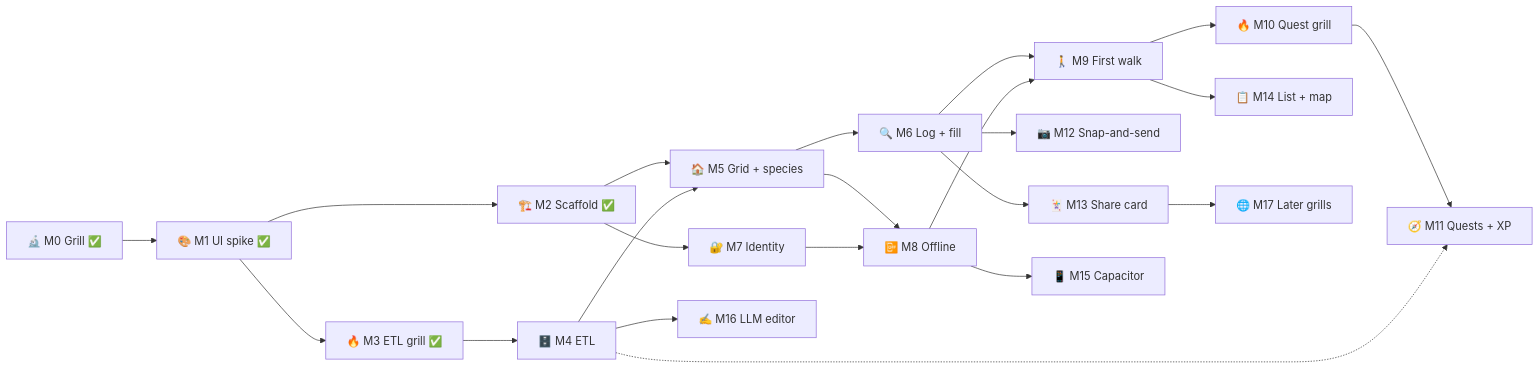
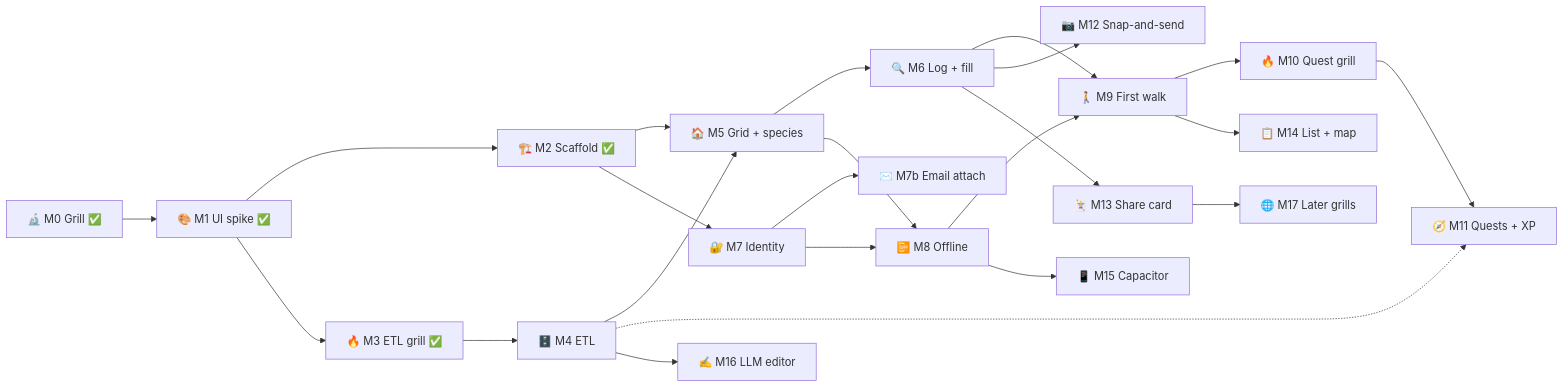
Before and after one commit to Standkreis/standkreis-dex: the diagram in docs/ROADMAP.md, drawn with Mermaid. The commit also changed other lines of this file and 5 other files, not shown here.

Commit message:
Handoff 0007 (M5 grid, species, onboarding); M7b email attach via Resend; glossary, README link, launch entries

````diff
--- a/docs/ROADMAP.md
+++ b/docs/ROADMAP.md
@@ -34,24 +35,25 @@
 ```mermaid
 flowchart LR
     M0[🔬 M0 Grill ✅] --> M1[🎨 M1 UI spike ✅]
     M1 --> M2[🏗️ M2 Scaffold ✅]
     M1 --> M3[🔥 M3 ETL grill ✅]
     M3 --> M4[🗄️ M4 ETL]
     M2 --> M5[🏠 M5 Grid + species]
     M4 --> M5
     M2 --> M7[🔐 M7 Identity]
+    M7 --> M7b[✉️ M7b Email attach]
     M5 --> M6[🔍 M6 Log + fill]
     M5 --> M8[📴 M8 Offline]
     M7 --> M8
     M6 --> M9[🚶 M9 First walk]
     M8 --> M9
     M9 --> M10[🔥 M10 Quest grill]
     M10 --> M11[🧭 M11 Quests + XP]
     M4 -.-> M11
     M6 --> M12[📷 M12 Snap-and-send]
     M6 --> M13[🃏 M13 Share card]
     M9 --> M14[📋 M14 List + map]
     M8 --> M15[📱 M15 Capacitor]
     M4 --> M16[✍️ M16 LLM editor]
     M13 --> M17[🌐 M17 Later grills]
 ```
````
